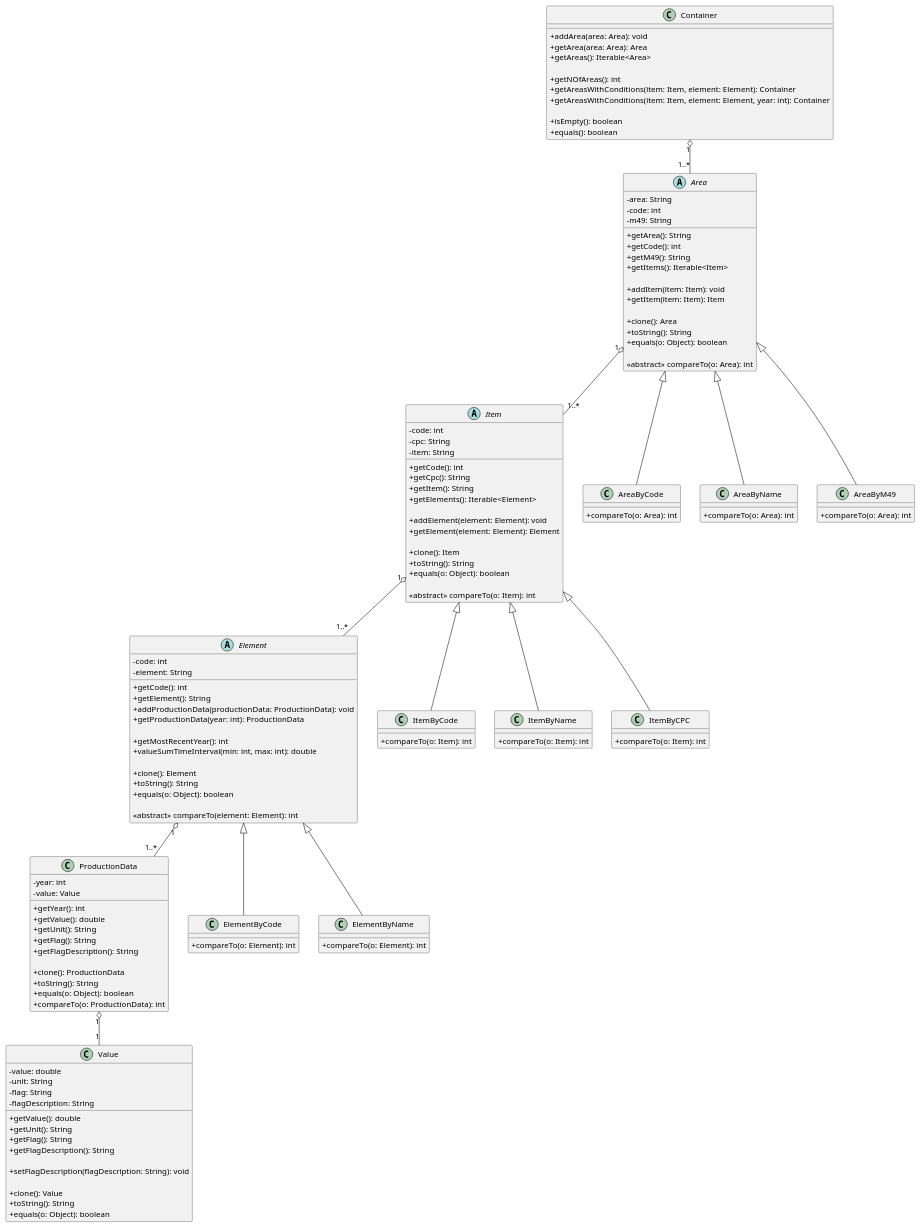
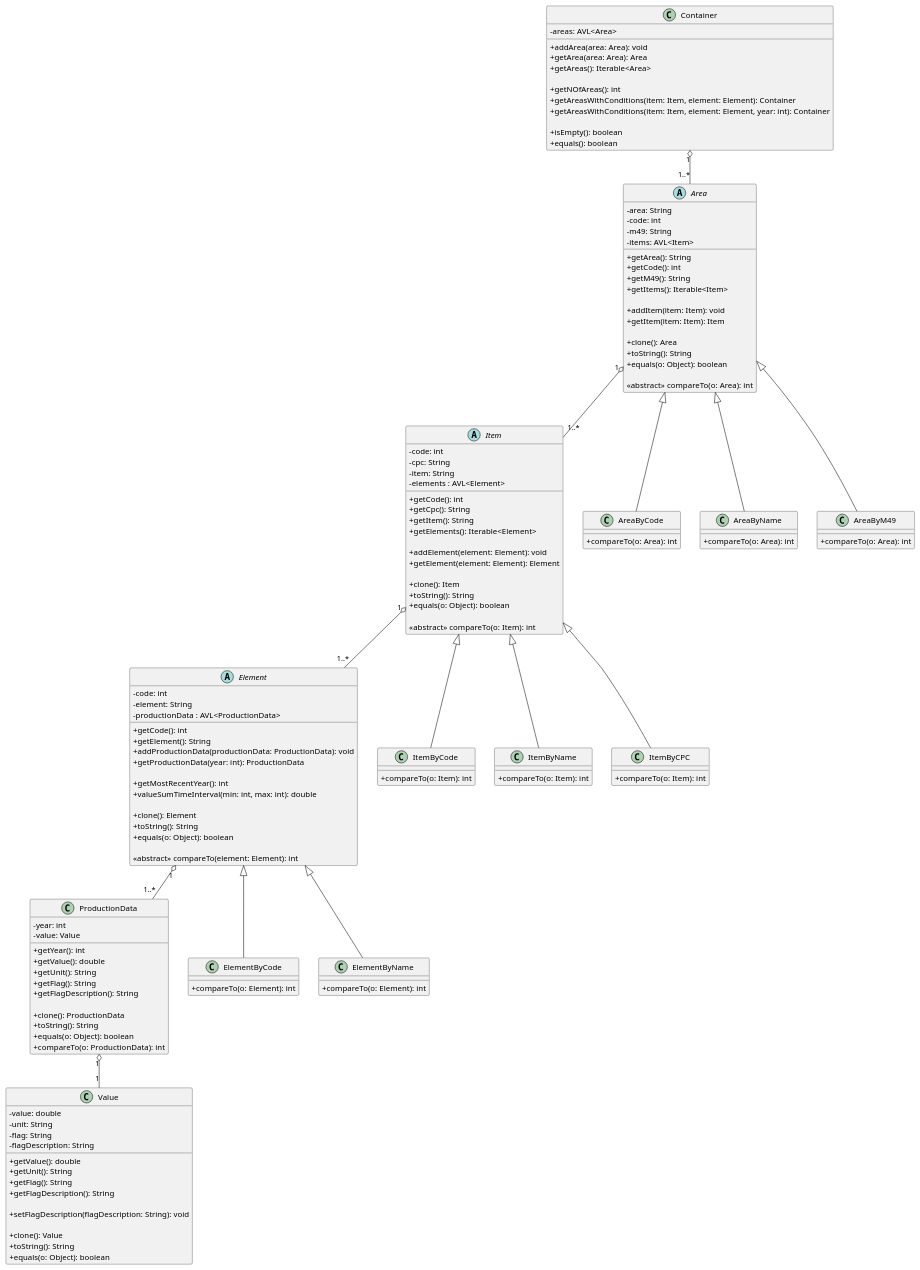
One commit to ricardo177m/esinf-trab02 changed the diagram in docs/CD.puml. Above: the diagram before and after it, drawn with PlantUML.

Commit message:
chore: added trees to classes in CD.puml

```diff
--- a/docs/CD.puml
+++ b/docs/CD.puml
@@ -1,155 +1,160 @@
 @startuml CD
 skinparam classAttributeIconSize 0
 
 abstract Area {
   - area: String
   - code: int
   - m49: String
+  - items: AVL<Item>
 
   + getArea(): String
   + getCode(): int
   + getM49(): String
   + getItems(): Iterable<Item>
 
   + addItem(item: Item): void
   + getItem(item: Item): Item
 
   + clone(): Area
   + toString(): String
   + equals(o: Object): boolean
 
   <<abstract>> compareTo(o: Area): int
 }
 
 abstract Item {
   - code: int
   - cpc: String
   - item: String
+  - elements : AVL<Element>
 
   + getCode(): int
   + getCpc(): String
   + getItem(): String
   + getElements(): Iterable<Element>
 
   + addElement(element: Element): void
   + getElement(element: Element): Element
 
   + clone(): Item
   + toString(): String
   + equals(o: Object): boolean
 
   <<abstract>> compareTo(o: Item): int
 }
 
 abstract Element {
   - code: int
   - element: String
+  - productionData : AVL<ProductionData>
 
   + getCode(): int
   + getElement(): String
   + addProductionData(productionData: ProductionData): void
   + getProductionData(year: int): ProductionData
 
   + getMostRecentYear(): int
   + valueSumTimeInterval(min: int, max: int): double
 
   + clone(): Element
   + toString(): String
   + equals(o: Object): boolean
 
   <<abstract>> compareTo(element: Element): int
 }
 
 class ProductionData {
   - year: int
   - value: Value
 
   + getYear(): int
   + getValue(): double
   + getUnit(): String
   + getFlag(): String
   + getFlagDescription(): String
 
   + clone(): ProductionData
   + toString(): String
   + equals(o: Object): boolean
   + compareTo(o: ProductionData): int
 }
 
 class Value {
   - value: double
   - unit: String
   - flag: String
   - flagDescription: String
 
   + getValue(): double
   + getUnit(): String
   + getFlag(): String
   + getFlagDescription(): String
 
   + setFlagDescription(flagDescription: String): void
 
   + clone(): Value
   + toString(): String
   + equals(o: Object): boolean
 }
 
 class Container {
+  - areas: AVL<Area>
+
   + addArea(area: Area): void
   + getArea(area: Area): Area
   + getAreas(): Iterable<Area>
 
   + getNOfAreas(): int
   + getAreasWithConditions(item: Item, element: Element): Container
   + getAreasWithConditions(item: Item, element: Element, year: int): Container
 
   + isEmpty(): boolean
   + equals(): boolean
 }
 
 Container "1" o-- "1..*" Area
 Area "1" o-- "1..*" Item
 Item "1" o-- "1..*" Element
 Element "1" o-- "1..*" ProductionData
 ProductionData "1" o-- "1" Value
 
 class AreaByCode {
   + compareTo(o: Area): int
 
 }
 class AreaByName {
   + compareTo(o: Area): int
 }
 class AreaByM49 {
   + compareTo(o: Area): int
 }
 
 class ItemByCode {
   + compareTo(o: Item): int
 }
 class ItemByName {
   + compareTo(o: Item): int
 }
 class ItemByCPC {
   + compareTo(o: Item): int
 }
 
 class ElementByCode {
   + compareTo(o: Element): int
 }
 class ElementByName {
   + compareTo(o: Element): int
 }
 
 Area <|-- AreaByCode
 Area <|-- AreaByName
 Area <|-- AreaByM49
 
 Item <|-- ItemByCode
 Item <|-- ItemByName
 Item <|-- ItemByCPC
 
 Element <|-- ElementByCode
 Element <|-- ElementByName
 
 @enduml
```
